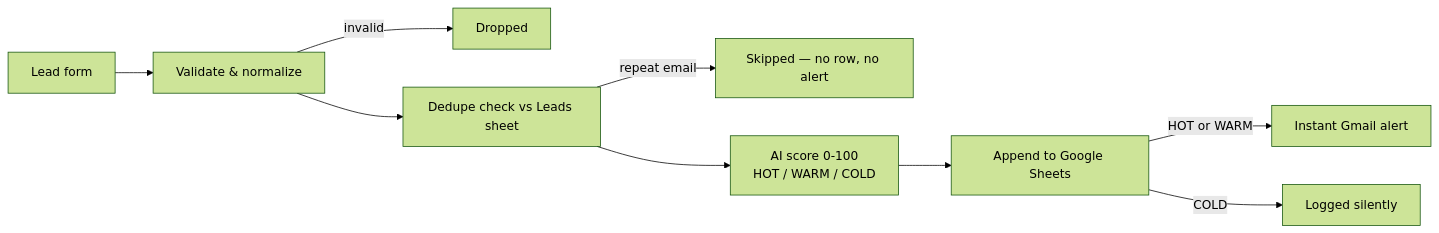
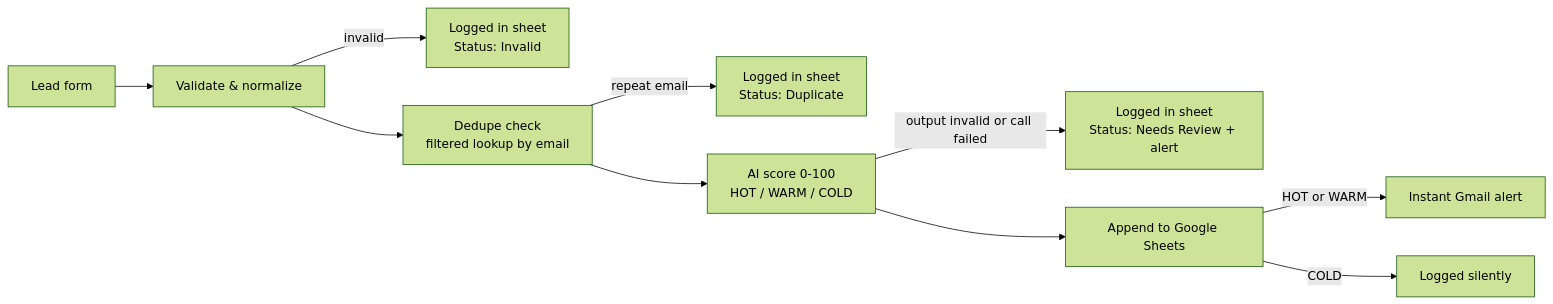
One commit to ForeThinq/demo-lead-triage-n8n changed the diagram in README.md. Above: the diagram before and after it, drawn with Mermaid (forest theme). The commit also changed other lines of this file and 2 other files, not shown here.

````diff
--- a/README.md
+++ b/README.md
@@ -33,11 +33,12 @@
 ```mermaid
 flowchart LR
     A[Lead form] --> B[Validate & normalize]
-    B -->|invalid| X[Dropped]
-    B --> C[Dedupe check vs Leads sheet]
-    C -->|repeat email| Y[Skipped — no row, no alert]
+    B -->|invalid| X[Logged in sheet<br/>Status: Invalid]
+    B --> C[Dedupe check<br/>filtered lookup by email]
+    C -->|repeat email| Y[Logged in sheet<br/>Status: Duplicate]
     C --> D[AI score 0-100<br/>HOT / WARM / COLD]
+    D -->|output invalid or call failed| Z[Logged in sheet<br/>Status: Needs Review + alert]
     D --> E[Append to Google Sheets]
     E -->|HOT or WARM| F[Instant Gmail alert]
     E -->|COLD| G[Logged silently]
 ```
````
